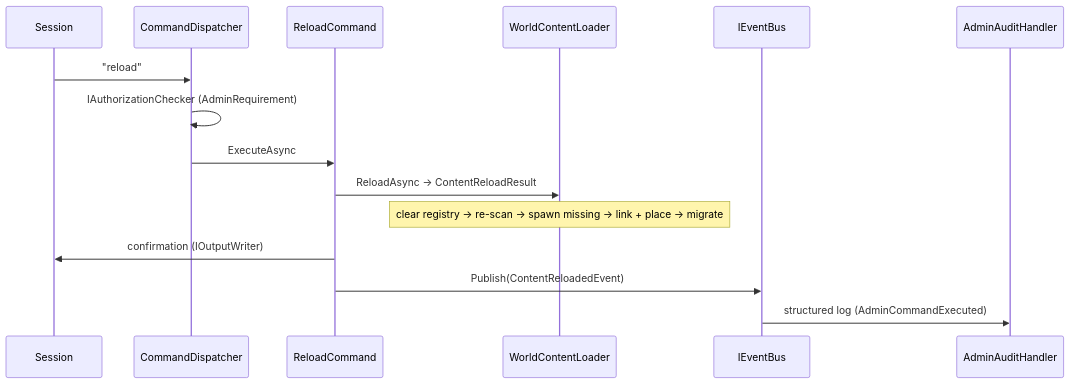
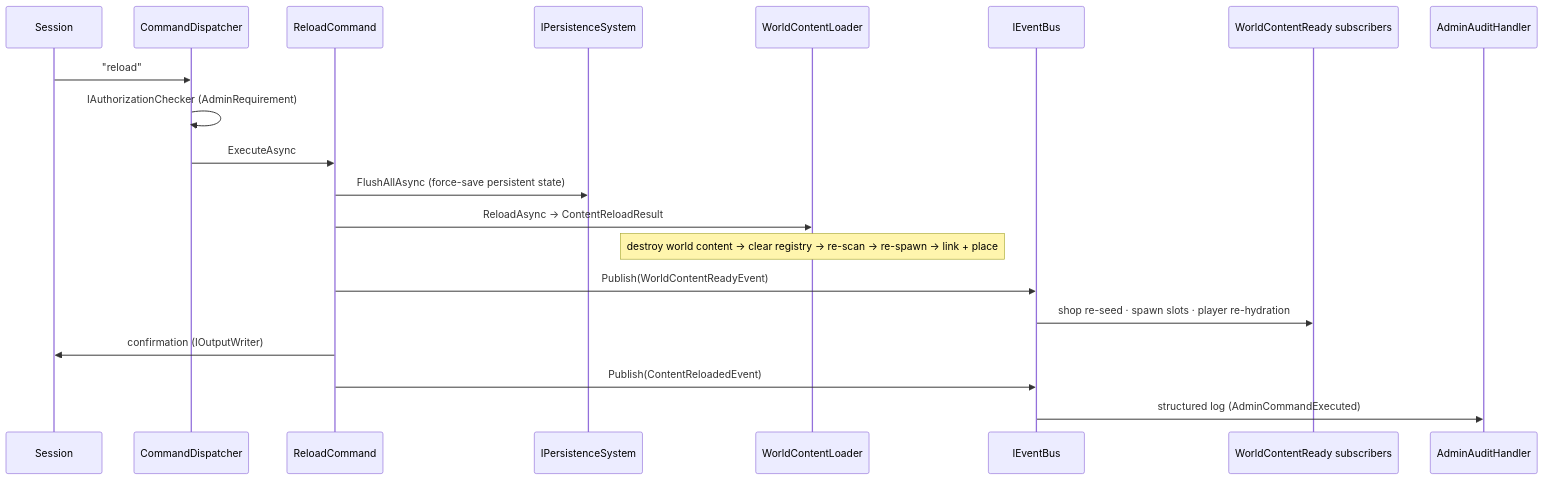
Before and after one commit to dmbyer/Hedron: the diagram in docs/architecture/flows/flow-05-content-reload.md, drawn with Mermaid. The commit also changed other lines of this file and 70 other files, not shown here.

````diff
--- a/docs/architecture/flows/flow-05-content-reload.md
+++ b/docs/architecture/flows/flow-05-content-reload.md
@@ -9,18 +9,23 @@
 ```mermaid
 sequenceDiagram
     participant Sess as Session
     participant CD as CommandDispatcher
     participant RC as ReloadCommand
+    participant Pers as IPersistenceSystem
     participant WCL as WorldContentLoader
     participant Bus as IEventBus
+    participant Subs as WorldContentReady subscribers
     participant Audit as AdminAuditHandler
 
     Sess->>CD: "reload"
     CD->>CD: IAuthorizationChecker (AdminRequirement)
     CD->>RC: ExecuteAsync
+    RC->>Pers: FlushAllAsync (force-save persistent state)
     RC->>WCL: ReloadAsync → ContentReloadResult
-    Note over WCL: clear registry → re-scan → spawn missing → link + place → migrate
+    Note over WCL: destroy world content → clear registry → re-scan → re-spawn → link + place
+    RC->>Bus: Publish(WorldContentReadyEvent)
+    Bus->>Subs: shop re-seed · spawn slots · player re-hydration
     RC->>Sess: confirmation (IOutputWriter)
     RC->>Bus: Publish(ContentReloadedEvent)
     Bus->>Audit: structured log (AdminCommandExecuted)
 ```
````
